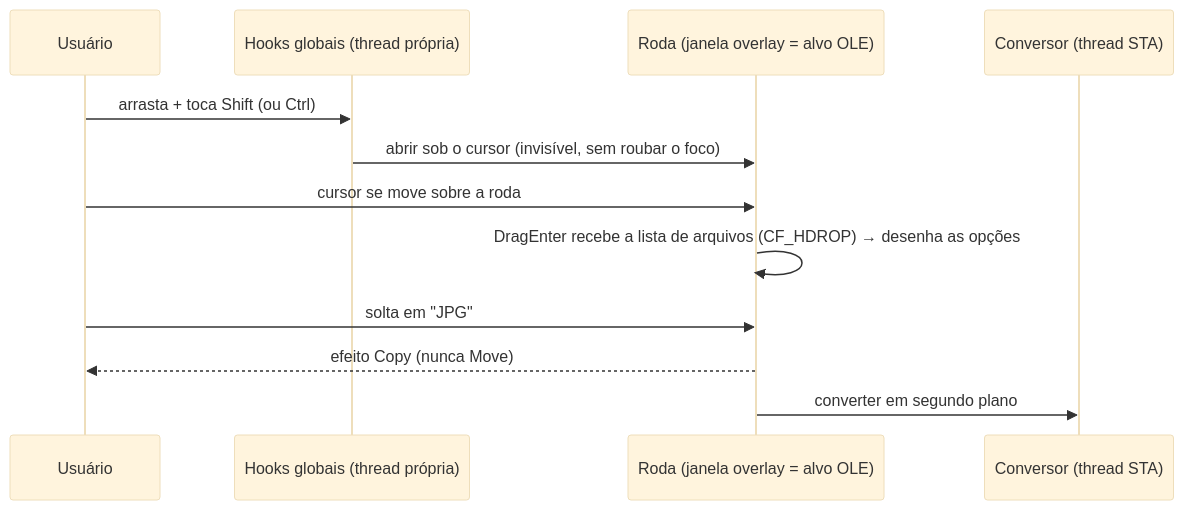
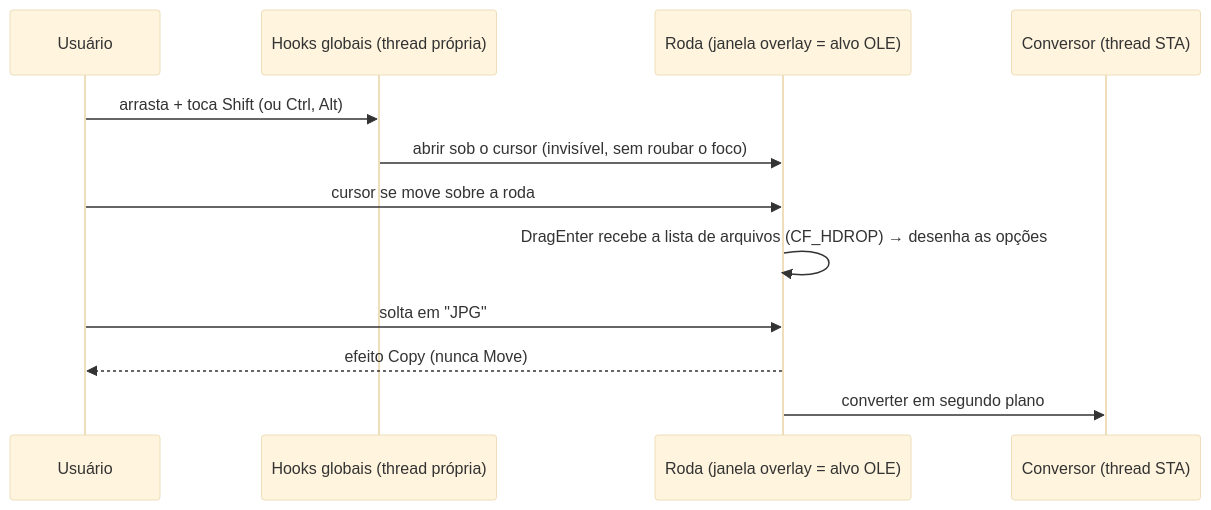
The diagram in README.md (KauaBR0/pomelo), drawn with Mermaid (base theme) before and after one commit. The commit also changed other lines of this file and 19 other files, not shown here.

````diff
--- a/README.md
+++ b/README.md
@@ -126,14 +143,14 @@
 ```mermaid
 sequenceDiagram
     participant U as Usuário
     participant H as Hooks globais (thread própria)
     participant W as Roda (janela overlay = alvo OLE)
     participant C as Conversor (thread STA)
-    U->>H: arrasta + toca Shift (ou Ctrl)
+    U->>H: arrasta + toca Shift (ou Ctrl, Alt)
     H->>W: abrir sob o cursor (invisível, sem roubar o foco)
     U->>W: cursor se move sobre a roda
     W->>W: DragEnter recebe a lista de arquivos (CF_HDROP) → desenha as opções
     U->>W: solta em "JPG"
     W-->>U: efeito Copy (nunca Move)
     W->>C: converter em segundo plano
 ```
````
